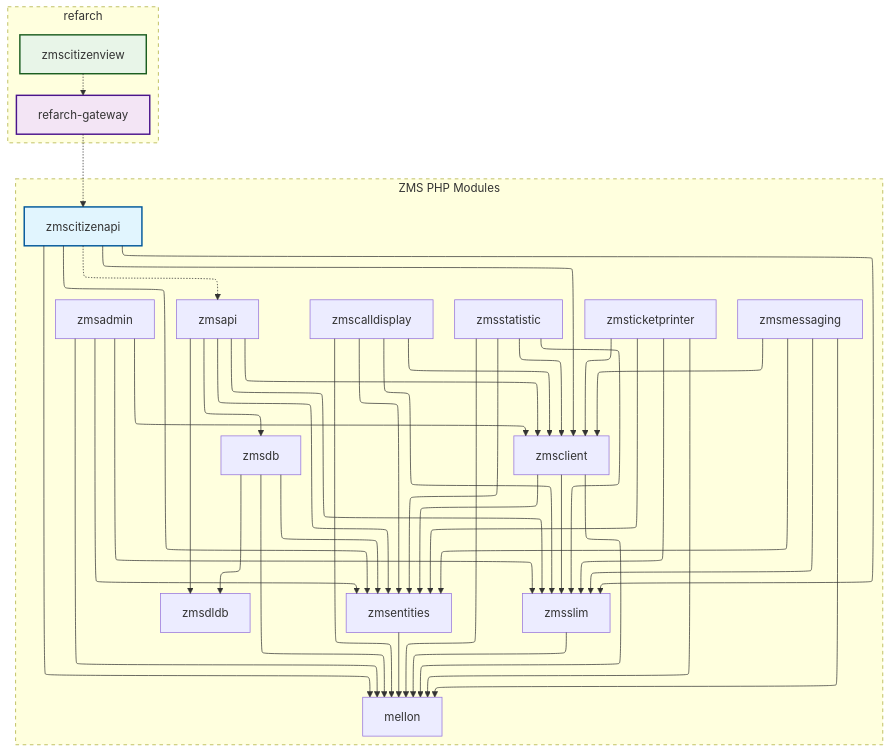
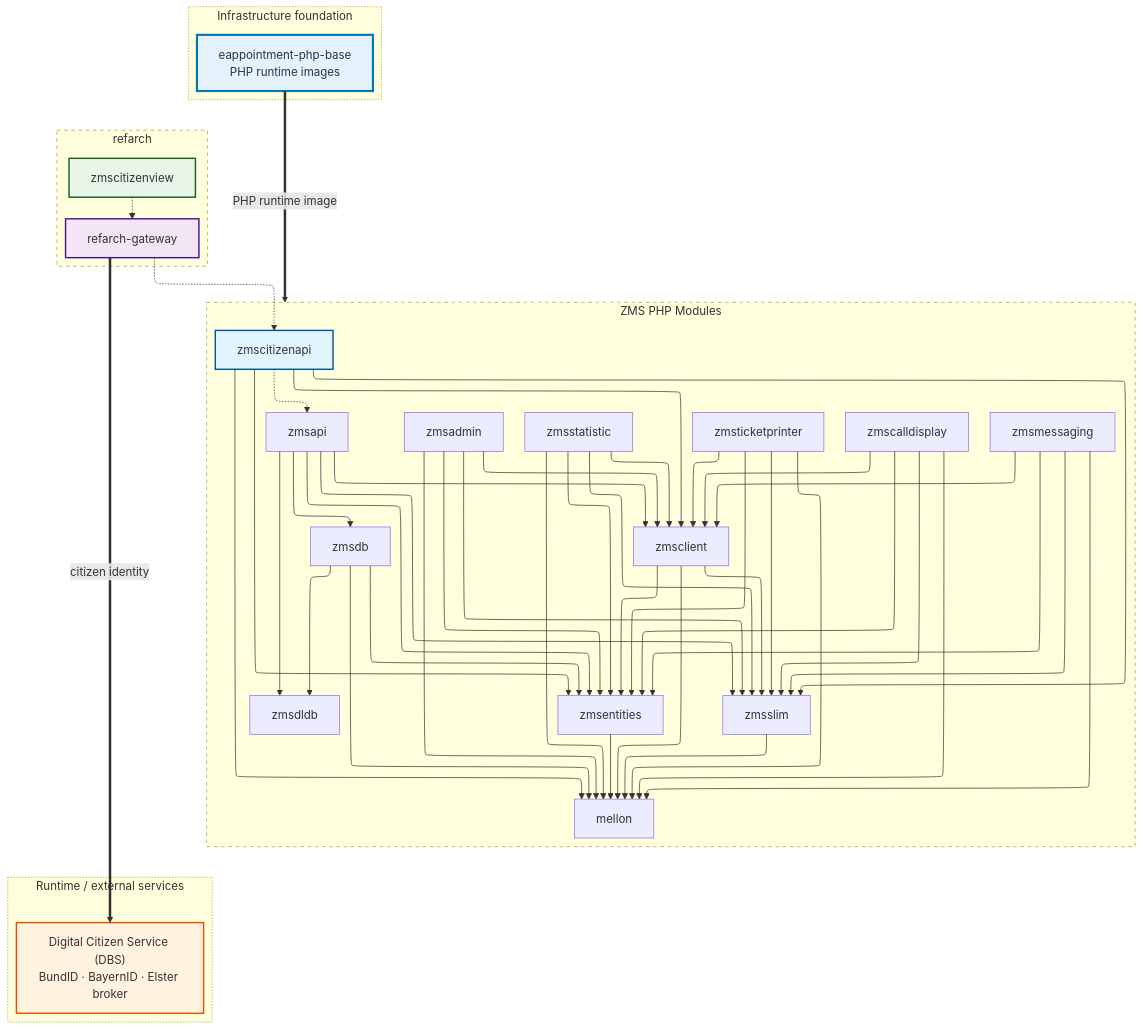
The diagram in docs/en/setup-and-development/development-rules/dependency-graph.md (it-at-m/eappointment), drawn with Mermaid before and after one commit. The commit also changed other lines of this file and 1 other file, not shown here.

Commit message:
docs(ZMSKVR): add DBS and eappointment-php-base to dep graph
- Show Digital Citizen Service (DBS) as runtime identity broker reached
  via refarch-gateway, and eappointment-php-base as the PHP runtime
  foundation for the zms_modules subgraph
- Introduce a third edge style (thick ==) for runtime/infra deps
  alongside solid (code) and dashed (build), with an edge legend and
  a Runtime Services and Infrastructure prose section in EN and DE

````diff
--- a/docs/en/setup-and-development/development-rules/dependency-graph.md
+++ b/docs/en/setup-and-development/development-rules/dependency-graph.md
@@ -5,58 +16,74 @@
 ```mermaid
 %%{init: {"flowchart": {"defaultRenderer": "elk"}} }%%
 graph TD;
-    %% Main ZMS module dependencies
+    %% Code dependencies (composer)
     zmsapi --> zmsslim & zmsclient & zmsdldb & zmsdb & zmsentities;
     zmsadmin --> mellon & zmsclient & zmsslim & zmsentities;
     zmscalldisplay --> mellon & zmsclient & zmsentities & zmsslim;
     zmsstatistic --> mellon & zmsentities & zmsslim & zmsclient;
     zmsmessaging --> mellon & zmsclient & zmsentities & zmsslim;
     zmsticketprinter --> mellon & zmsclient & zmsentities & zmsslim;
 
     zmsdb --> zmsentities & zmsdldb & mellon;
     zmsclient --> zmsentities & zmsslim & mellon;
     zmsentities --> mellon;
     zmsslim --> mellon;
 
-    %% zmscitizenapi dependencies
     zmscitizenapi --> mellon & zmsslim & zmsclient & zmsentities;
 
-    %% Build dependencies (dashed lines)
+    %% Build / integration dependencies (dashed)
     zmscitizenapi -.-> zmsapi;
     refarch-gateway -.-> zmscitizenapi;
     zmscitizenview -.-> refarch-gateway;
 
-    %% Group refarch-gateway and zmscitizenview into a subgraph
+    %% Runtime / external services (thick)
+    refarch-gateway ==>|citizen identity| dbs;
+    phpbase ==>|PHP runtime image| zms_modules;
+
+    %% Subgraphs
     subgraph refarch [refarch]
         style refarch stroke-dasharray: 5
         refarch-gateway
         zmscitizenview
     end
 
-    %% Group remaining modules into dashed PHP-style subgraph
     subgraph zms_modules [ZMS PHP Modules]
         style zms_modules stroke-dasharray: 5, 5, 1, 5
         zmsapi
         zmsadmin
         zmscalldisplay
         zmsstatistic
         zmsmessaging
         zmsticketprinter
         zmsdb
         zmsclient
         zmsentities
         zmsslim
         zmsdldb
         mellon
         zmscitizenapi
     end
 
-    %% Styling for the three modules
+    subgraph runtime [Runtime / external services]
+        style runtime stroke-dasharray: 2, 4
+        dbs["Digital Citizen Service (DBS)<br>BundID · BayernID · Elster broker"]
+    end
+
+    subgraph foundation [Infrastructure foundation]
+        style foundation stroke-dasharray: 2, 4
+        phpbase["eappointment-php-base<br>PHP runtime images"]
+    end
+
+    %% Styling
     classDef citizenapi fill:#e1f5fe,stroke:#01579b,stroke-width:2px;
     classDef gateway fill:#f3e5f5,stroke:#4a148c,stroke-width:2px;
     classDef citizenview fill:#e8f5e8,stroke:#1b5e20,stroke-width:2px;
+    classDef runtimeSvc fill:#fff3e0,stroke:#e65100,stroke-width:2px;
+    classDef infra fill:#e3f2fd,stroke:#0277bd,stroke-width:3px;
 
     class zmscitizenapi citizenapi;
     class refarch-gateway gateway;
     class zmscitizenview citizenview;
+    class dbs runtimeSvc;
+    class phpbase infra;
 ```
````
